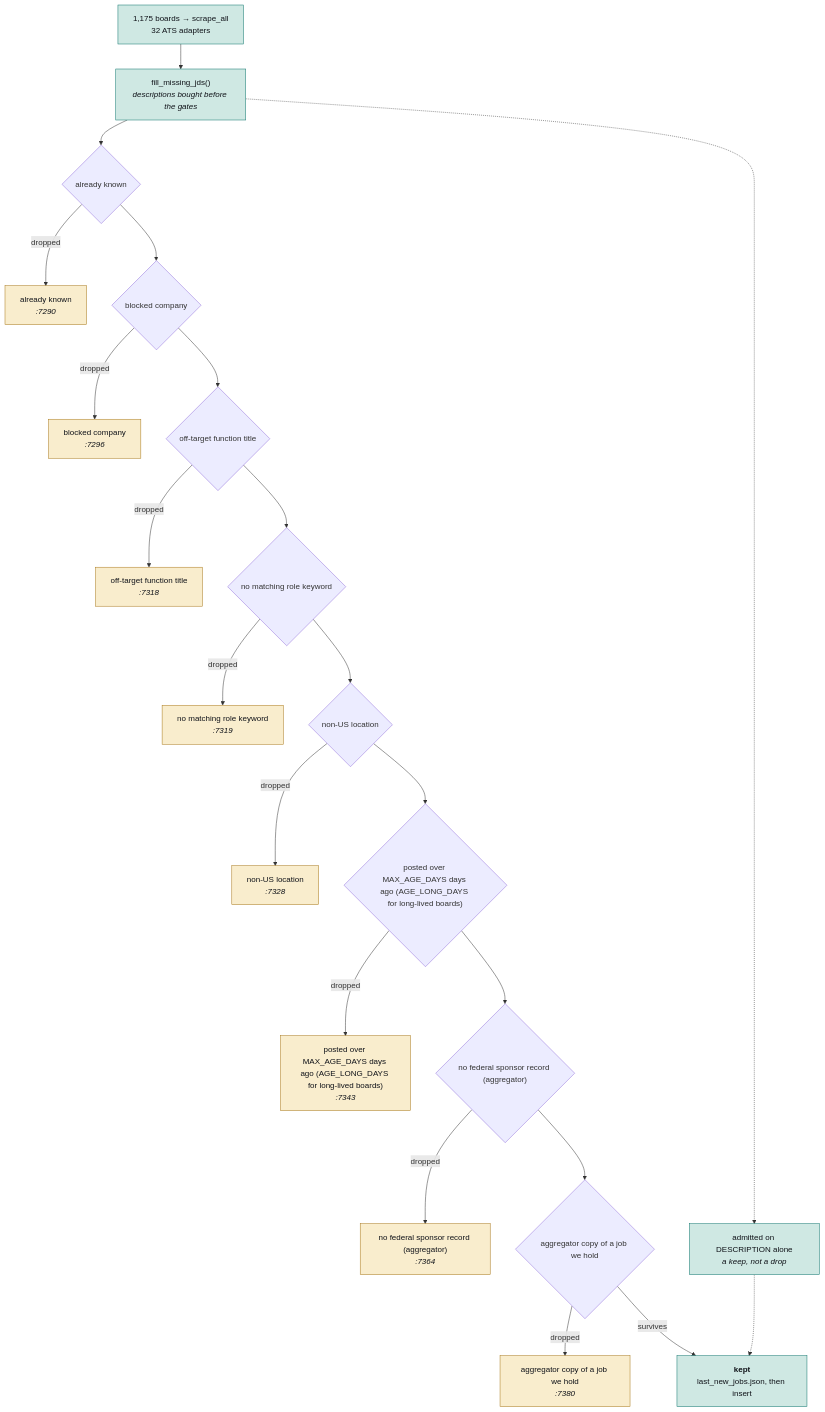
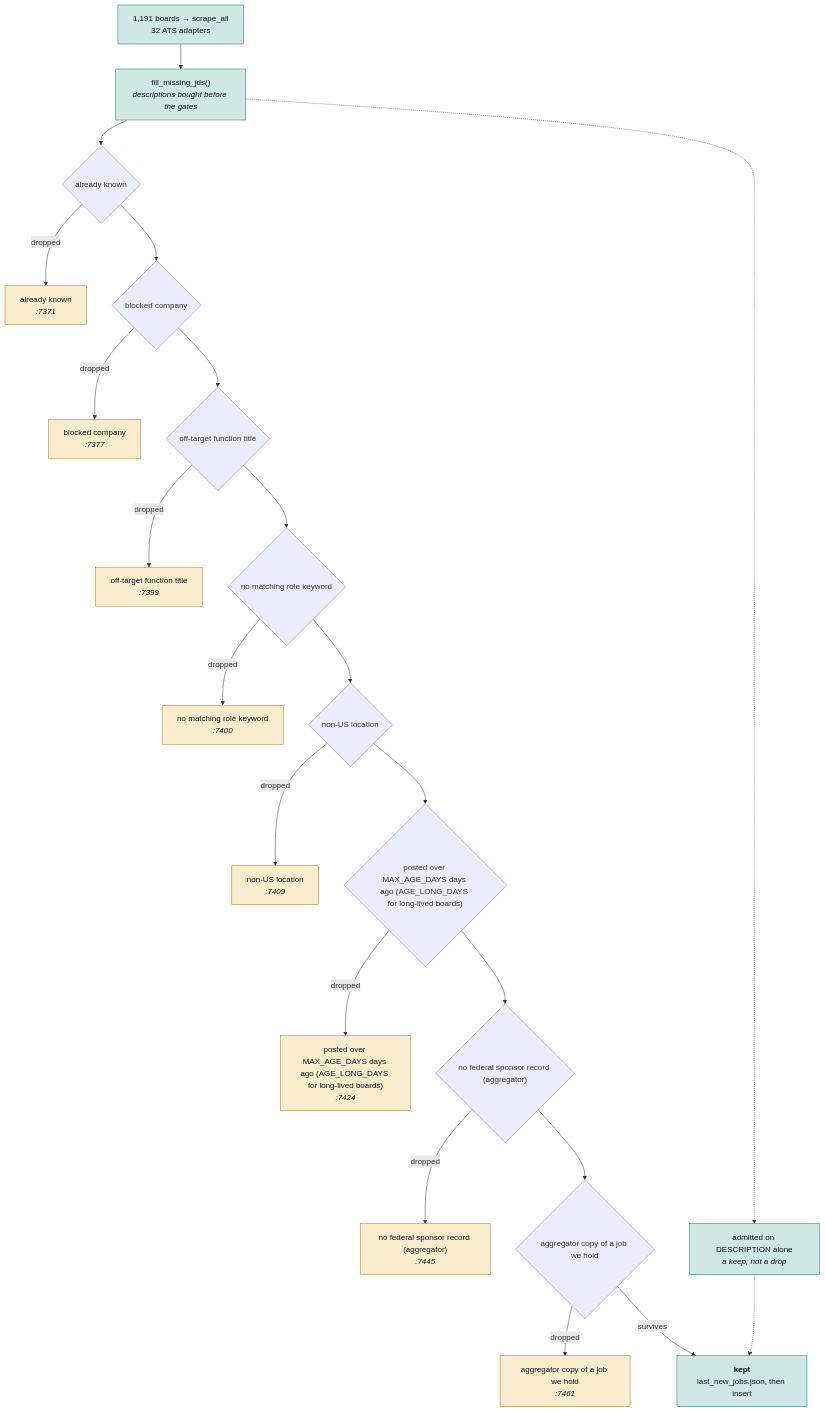
Before and after one commit to hadakunal909-debug/job-search-tool: the second of 4 diagrams in JobMatch Scraper/docs/ARCHITECTURE.md, drawn with Mermaid. The commit also changed other lines of this file and 5 other files, not shown here.

First line of the commit message:
docs: regenerate the index, map and architecture for this round

````diff
--- a/JobMatch Scraper/docs/ARCHITECTURE.md
+++ b/JobMatch Scraper/docs/ARCHITECTURE.md
@@ -106,54 +106,54 @@
 ```mermaid
 flowchart TB
-  SRC["1,175 boards → scrape_all<br/>32 ATS adapters"]
+  SRC["1,191 boards → scrape_all<br/>32 ATS adapters"]
   JD["fill_missing_jds()<br/><i>descriptions bought before the gates</i>"]
   SRC --> JD
   G0{"already known"}
-  D0["already known<br/><i>:7290</i>"]
+  D0["already known<br/><i>:7371</i>"]
   JD --> G0
   G0 -->|dropped| D0
   class D0 trap
   G1{"blocked company"}
-  D1["blocked company<br/><i>:7296</i>"]
+  D1["blocked company<br/><i>:7377</i>"]
   G0 --> G1
   G1 -->|dropped| D1
   class D1 trap
   G2{"off-target function title"}
-  D2["off-target function title<br/><i>:7318</i>"]
+  D2["off-target function title<br/><i>:7399</i>"]
   G1 --> G2
   G2 -->|dropped| D2
   class D2 trap
   G3{"no matching role keyword"}
-  D3["no matching role keyword<br/><i>:7319</i>"]
+  D3["no matching role keyword<br/><i>:7400</i>"]
   G2 --> G3
   G3 -->|dropped| D3
   class D3 trap
   G4{"non-US location"}
-  D4["non-US location<br/><i>:7328</i>"]
+  D4["non-US location<br/><i>:7409</i>"]
   G3 --> G4
   G4 -->|dropped| D4
   class D4 trap
   G5{"posted over MAX_AGE_DAYS days ago (AGE_LONG_DAYS for long-lived boards)"}
-  D5["posted over MAX_AGE_DAYS days ago (AGE_LONG_DAYS for long-lived boards)<br/><i>:7343</i>"]
+  D5["posted over MAX_AGE_DAYS days ago (AGE_LONG_DAYS for long-lived boards)<br/><i>:7424</i>"]
   G4 --> G5
   G5 -->|dropped| D5
   class D5 trap
   G6{"no federal sponsor record (aggregator)"}
-  D6["no federal sponsor record (aggregator)<br/><i>:7364</i>"]
+  D6["no federal sponsor record (aggregator)<br/><i>:7445</i>"]
   G5 --> G6
   G6 -->|dropped| D6
   class D6 trap
   G7{"aggregator copy of a job we hold"}
-  D7["aggregator copy of a job we hold<br/><i>:7380</i>"]
+  D7["aggregator copy of a job we hold<br/><i>:7461</i>"]
   G6 --> G7
   G7 -->|dropped| D7
   class D7 trap
   KEEP["<b>kept</b><br/>last_new_jobs.json, then insert"]
   G7 -->|survives| KEEP
   RESCUE["admitted on DESCRIPTION alone<br/><i>a keep, not a drop</i>"]
   JD -.-> RESCUE
   RESCUE -.-> KEEP
   classDef trap fill:#f9edcd,stroke:#a8781a,color:#101319
   classDef sched fill:#cfe8e3,stroke:#0f766e,color:#101319
   class SRC,JD,KEEP,RESCUE sched
 ```
````
